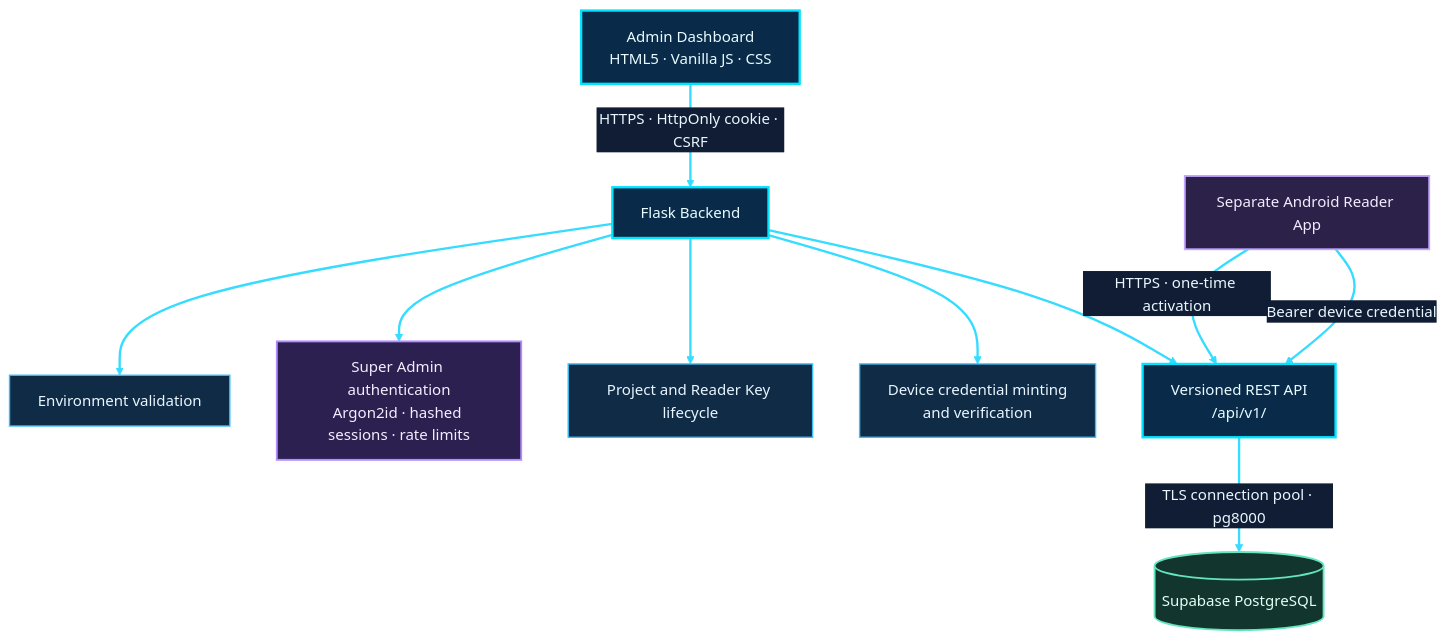
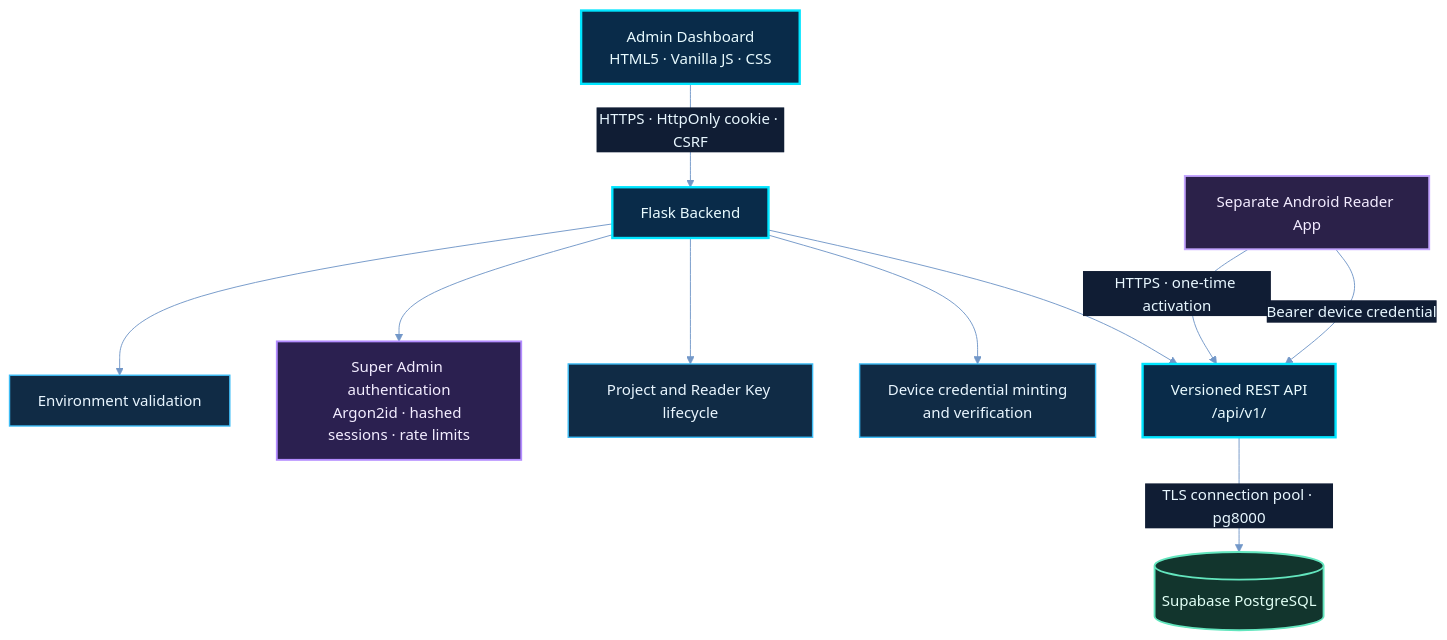
One commit to shajeduzzamanenan992008inc/NexOra-Database-key-Gen changed the third of 23 diagrams in README.md. Above: the diagram before and after it, drawn with Mermaid. The commit also changed other lines of this file, not shown here.

````diff
--- a/README.md
+++ b/README.md
@@ -495,32 +495,32 @@
 ```mermaid
 %%{init: {"theme":"base","themeVariables":{"darkMode":true,"background":"#07111f","primaryColor":"#102744","primaryTextColor":"#e8f7ff","primaryBorderColor":"#00d9ff","lineColor":"#7297c8","secondaryColor":"#261d45","secondaryTextColor":"#f3eaff","secondaryBorderColor":"#a78bfa","tertiaryColor":"#12332b","tertiaryTextColor":"#e0fff1","tertiaryBorderColor":"#41e6a2","fontFamily":"Inter, Segoe UI, sans-serif","edgeLabelBackground":"#101d34","mainBkg":"#102744","nodeBorder":"#00d9ff","clusterBkg":"#0b1930","clusterBorder":"#6f7dff","actorBkg":"#102744","actorBorder":"#00d9ff","actorTextColor":"#e8f7ff","signalColor":"#64d8ff","signalTextColor":"#e8f7ff","noteBkgColor":"#0e332b","noteBorderColor":"#41e6a2","noteTextColor":"#e0fff1"}}}%%
 flowchart TD
     A["Admin Dashboard<br/>HTML5 · Vanilla JS · CSS"] -->|"HTTPS · HttpOnly cookie · CSRF"| B["Flask Backend"]
     B --> C["Environment validation"]
     B --> D["Super Admin authentication<br/>Argon2id · hashed sessions · rate limits"]
     B --> E["Project and Reader Key lifecycle"]
     B --> F["Device credential minting<br/>and verification"]
     B --> G["Versioned REST API<br/>/api/v1/"]
     G -->|"TLS connection pool · pg8000"| H[("Supabase PostgreSQL")]
     I["Separate Android Reader App"] -->|"HTTPS · one-time activation"| G
     I -->|"Bearer device credential"| G
 
+    %% OMEGA NEX-ORA visual classes
     %% OMEGA NEX-ORA / ULTRA NEON PALETTE
     classDef nxCore fill:#092b49,stroke:#00e5ff,stroke-width:2.5px,color:#e9fbff;
     classDef nxProcess fill:#102b45,stroke:#3dbcf5,stroke-width:1.5px,color:#e9f6ff;
     classDef nxDecision fill:#2b2050,stroke:#b38cff,stroke-width:2px,color:#f3edff;
     classDef nxSuccess fill:#0d3b2c,stroke:#3fffa0,stroke-width:2px,color:#e0fff0;
     classDef nxDanger fill:#451d30,stroke:#ff6688,stroke-width:2px,color:#fff0f3;
     classDef nxData fill:#12352d,stroke:#63e6be,stroke-width:2px,color:#e1fff5;
     classDef nxExternal fill:#2b2149,stroke:#c4a5ff,stroke-width:2px,color:#f3ecff;
     classDef nxInfo fill:#17253e,stroke:#91a7c9,stroke-width:1.5px,color:#e5efff;
     classDef nxWarning fill:#453116,stroke:#fbbf24,stroke-width:2px,color:#fff6d6;
+    %% Moving dashed route: Mermaid applies this class to explicitly identified edges.
     class A,B,G nxCore;
     class C,E,F nxProcess;
     class D nxDecision;
     class H nxData;
     class I nxExternal;
-
-    %% Animated primary paths using Mermaid linkStyle (no edge-ID parser required)
-    linkStyle default stroke:#35dcff,stroke-width:2.5px,stroke-dasharray:8\,6,stroke-dashoffset:1000,animation:dash 24s linear infinite;
+    class nx03e01,nx03e02,nx03e03,nx03e04,nx03e05,nx03e06,nx03e07 nxAnimated;
 ```
````
